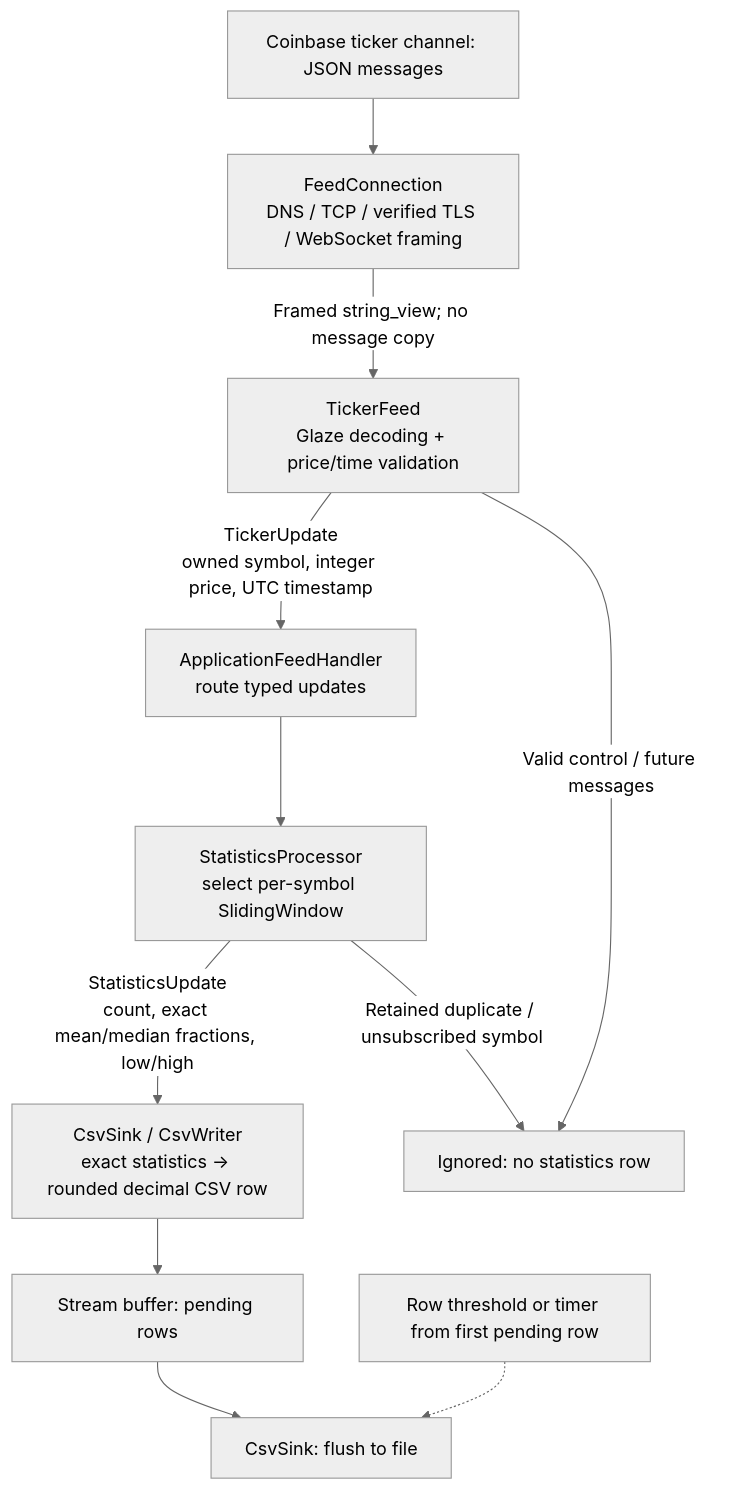
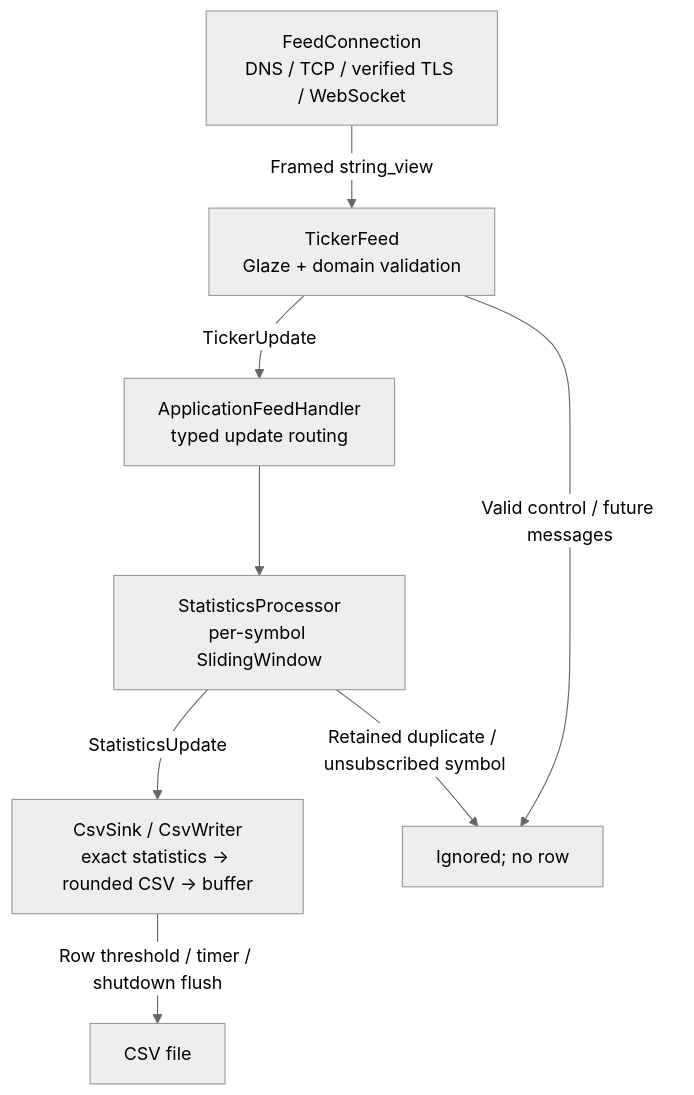
The first of 2 diagrams in docs/DESIGN_DECISIONS.md (Alan4511/coinbase-ticker-statistics), drawn with Mermaid (neutral theme) before and after one commit. The commit also changed other lines of this file and 19 other files, not shown here.

First line of the commit message:
Harden feed validation and shutdown, and migrate CI to GitHub

````diff
--- a/docs/DESIGN_DECISIONS.md
+++ b/docs/DESIGN_DECISIONS.md
@@ -8,24 +5,18 @@
 ```mermaid
 flowchart TD
-    wire["Coinbase ticker channel: JSON messages"]
-    connection["FeedConnection<br/>DNS / TCP / verified TLS / WebSocket framing"]
-    feed["TickerFeed<br/>Glaze decoding + price/time validation"]
-    handler["ApplicationFeedHandler<br/>route typed updates"]
-    statistics["StatisticsProcessor<br/>select per-symbol SlidingWindow"]
-    writer["CsvSink / CsvWriter<br/>exact statistics → rounded decimal CSV row"]
-    buffer["Stream buffer: pending rows"]
-    flush["CsvSink: flush to file"]
-    ignored["Ignored: no statistics row"]
-    timer["Row threshold or timer from first pending row"]
+    connection["FeedConnection<br/>DNS / TCP / verified TLS / WebSocket"]
+    feed["TickerFeed<br/>Glaze + domain validation"]
+    handler["ApplicationFeedHandler<br/>typed update routing"]
+    statistics["StatisticsProcessor<br/>per-symbol SlidingWindow"]
+    sink["CsvSink / CsvWriter<br/>exact statistics → rounded CSV → buffer"]
+    file["CSV file"]
+    ignored["Ignored; no row"]
 
-    wire --> connection
-    connection -->|"Framed string_view; no message copy"| feed
-    feed -->|"TickerUpdate<br/>owned symbol, integer price, UTC timestamp"| handler
+    connection -->|"Framed string_view"| feed
+    feed -->|"TickerUpdate"| handler
     feed -->|"Valid control / future messages"| ignored
     handler --> statistics
-    statistics -->|"StatisticsUpdate<br/>count, exact mean/median fractions, low/high"| writer
+    statistics -->|"StatisticsUpdate"| sink
     statistics -->|"Retained duplicate / unsubscribed symbol"| ignored
-    writer --> buffer
-    buffer --> flush
-    timer -.-> flush
+    sink -->|"Row threshold / timer / shutdown flush"| file
 ```
````
